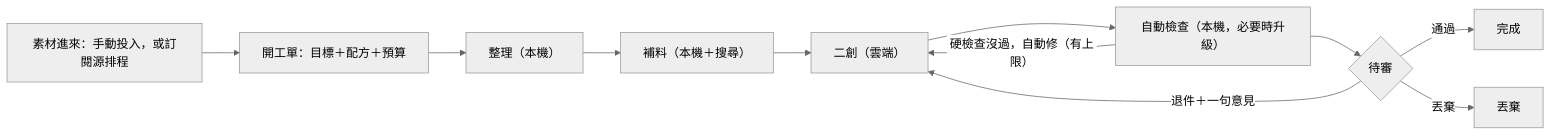
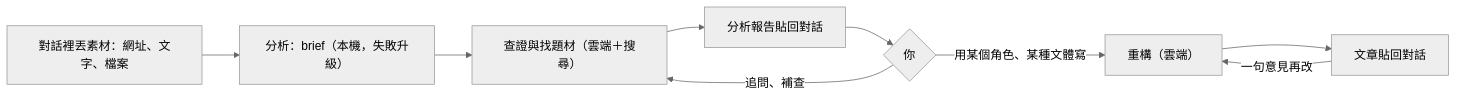
The diagram in docs/10-truth/requirements/prd.md (Zenobia000/evidence-forge), drawn with Mermaid (neutral theme) before and after one commit. The commit also changed other lines of this file and 33 other files, not shown here.

````diff
--- a/docs/10-truth/requirements/prd.md
+++ b/docs/10-truth/requirements/prd.md
@@ -17,13 +21,11 @@
 ```mermaid
 flowchart LR
-    A["素材進來：手動投入，或訂閱源排程"] --> B["開工單：目標＋配方＋預算"]
-    B --> C["整理（本機）"]
-    C --> D["補料（本機＋搜尋）"]
-    D --> E["二創（雲端）"]
-    E --> F["自動檢查（本機，必要時升級）"]
-    F -- "硬檢查沒過，自動修（有上限）" --> E
-    F --> G{"待審"}
-    G -- "通過" --> H["完成"]
-    G -- "退件＋一句意見" --> E
-    G -- "丟棄" --> X["丟棄"]
+    A["對話裡丟素材：網址、文字、檔案"] --> B["分析：brief（本機，失敗升級）"]
+    B --> C["查證與找題材（雲端＋搜尋）"]
+    C --> D["分析報告貼回對話"]
+    D --> E{"你"}
+    E -- "追問、補查" --> C
+    E -- "用某個角色、某種文體寫" --> F["重構（雲端）"]
+    F --> G["文章貼回對話"]
+    G -- "一句意見再改" --> F
 ```
````
